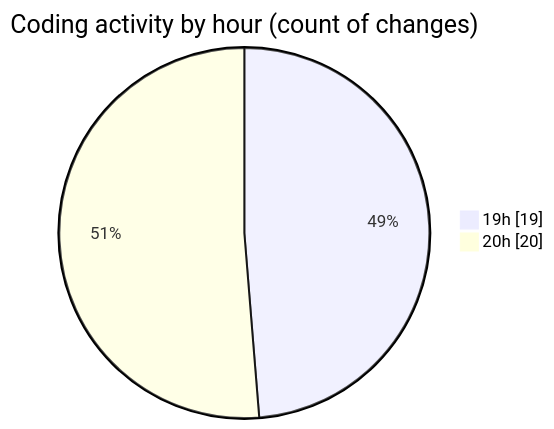
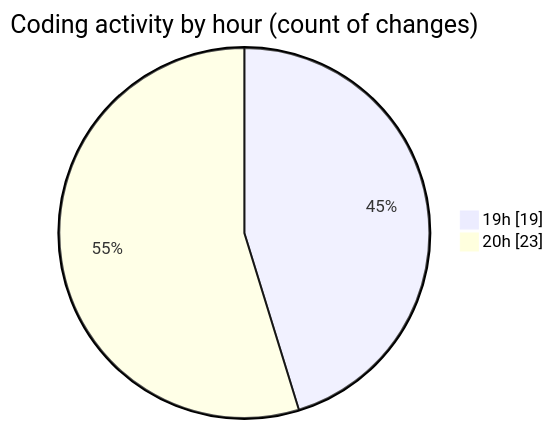
The second of 2 diagrams in 2025-05-12/news-clock-system-caspercg/README.md (momahboobian/code-tracking), drawn with Mermaid before and after one commit. The commit also changed other lines of this file and 1 other file, not shown here.

````diff
--- a/2025-05-12/news-clock-system-caspercg/README.md
+++ b/2025-05-12/news-clock-system-caspercg/README.md
@@ -37,6 +38,6 @@
 ```mermaid
 pie showData
 title Coding activity by hour (count of changes)
 "19h" : 19
-"20h" : 20
+"20h" : 23
 ```
````
